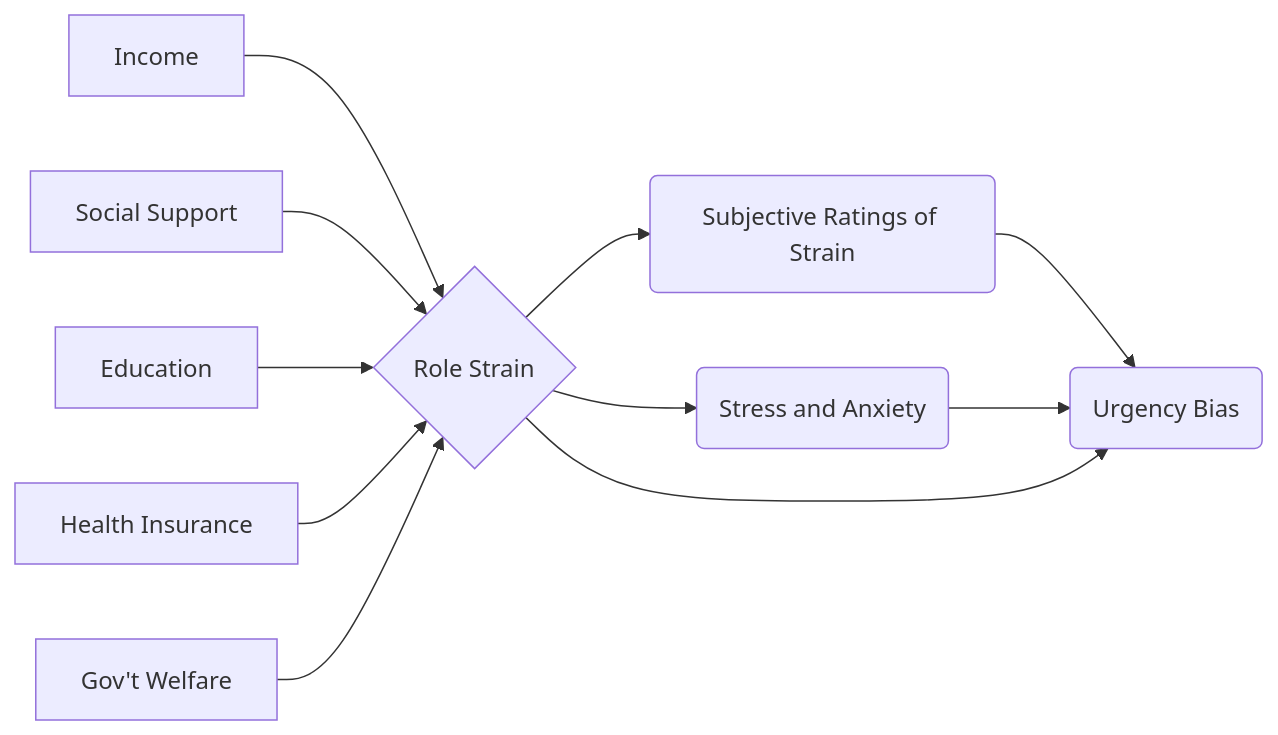
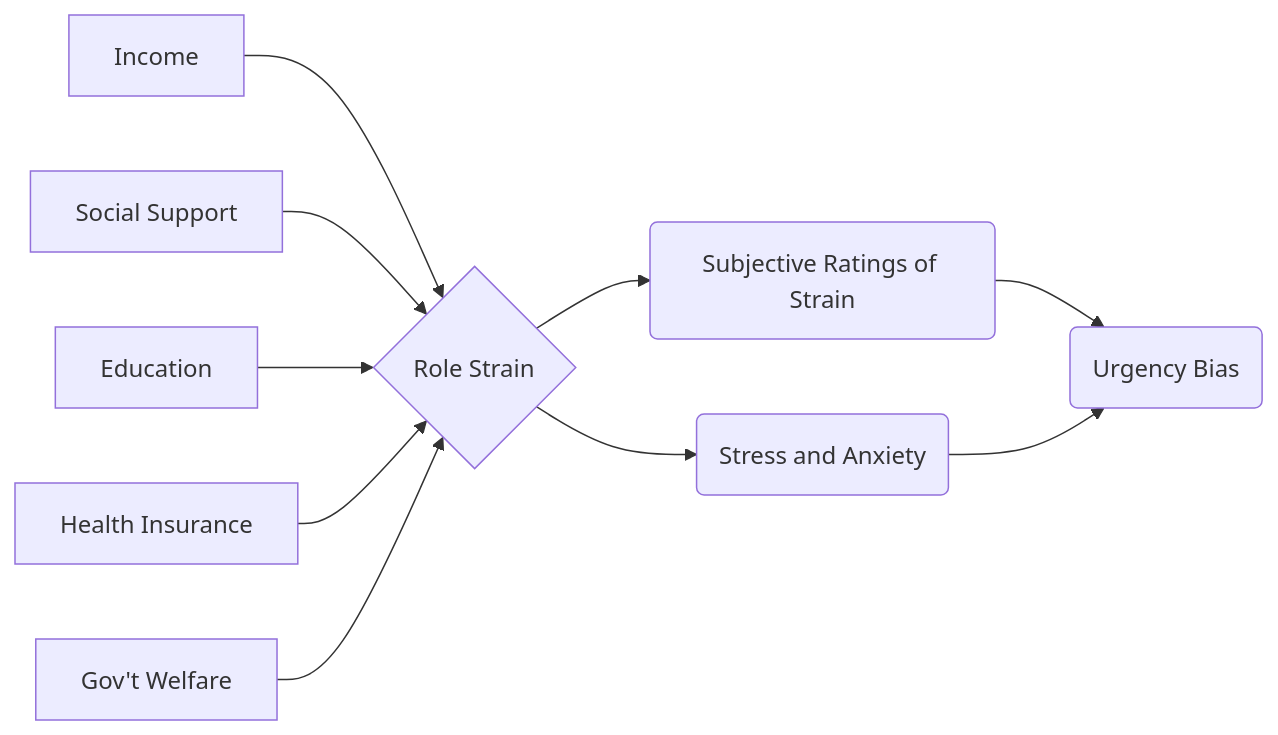
Before and after one commit to marcosfeng/poverty-priority-queue: the third of 3 diagrams in poverty-priority-queue.qmd, drawn with Mermaid. The commit also changed other lines of this file, not shown here.

````diff
--- a/poverty-priority-queue.qmd
+++ b/poverty-priority-queue.qmd
@@ -190,14 +309,13 @@
 ```{mermaid}
 %%| fig-width: 5
 flowchart LR
   A[Income] --> B{Role Strain}
   C[Social Support] --> B
   D[Education] --> B
   E[Health Insurance] --> B
   F[Gov't Welfare] --> B
   B --> G(Subjective Ratings of Strain)
   B --> H(Stress and Anxiety)
   G --> I(Urgency Bias)
   H --> I
-  B --> I
 ```
````
